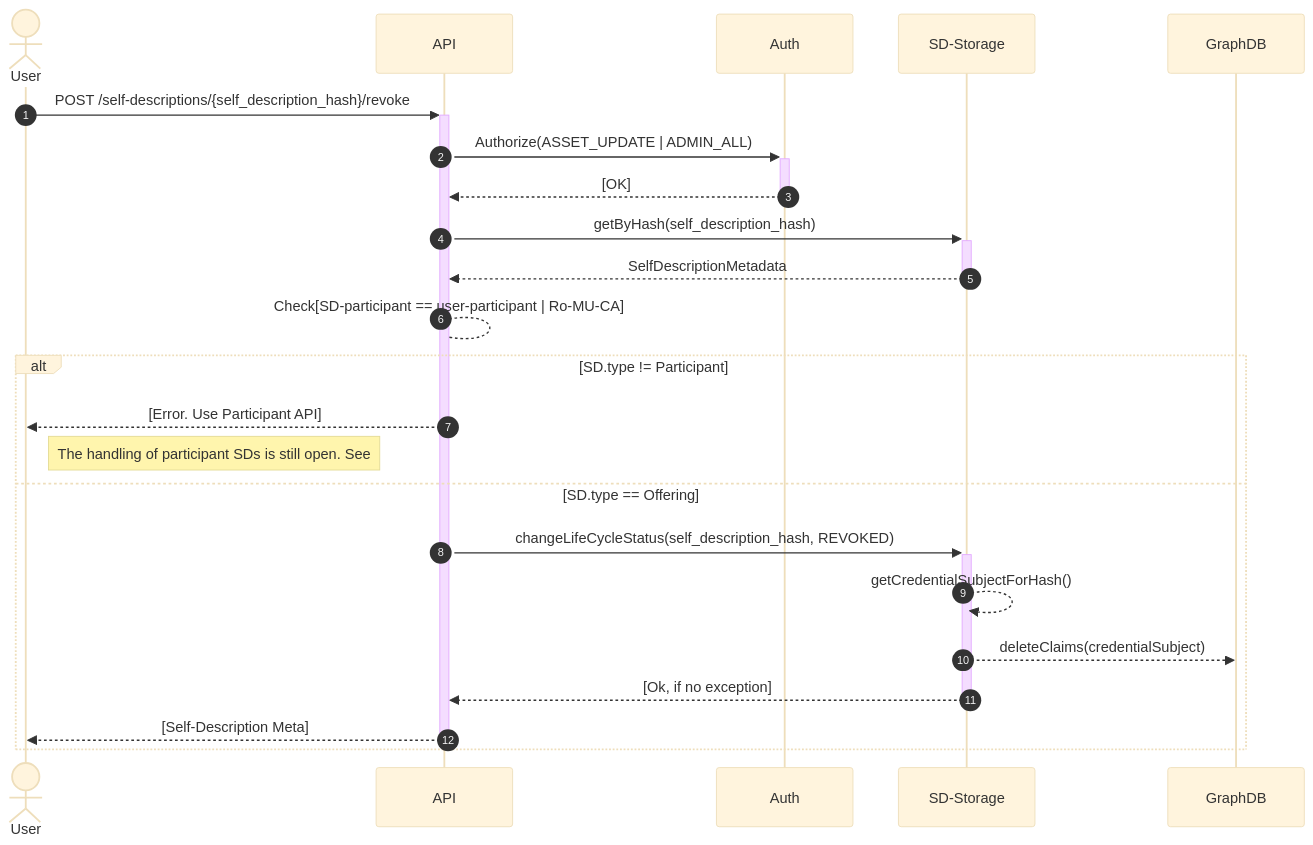
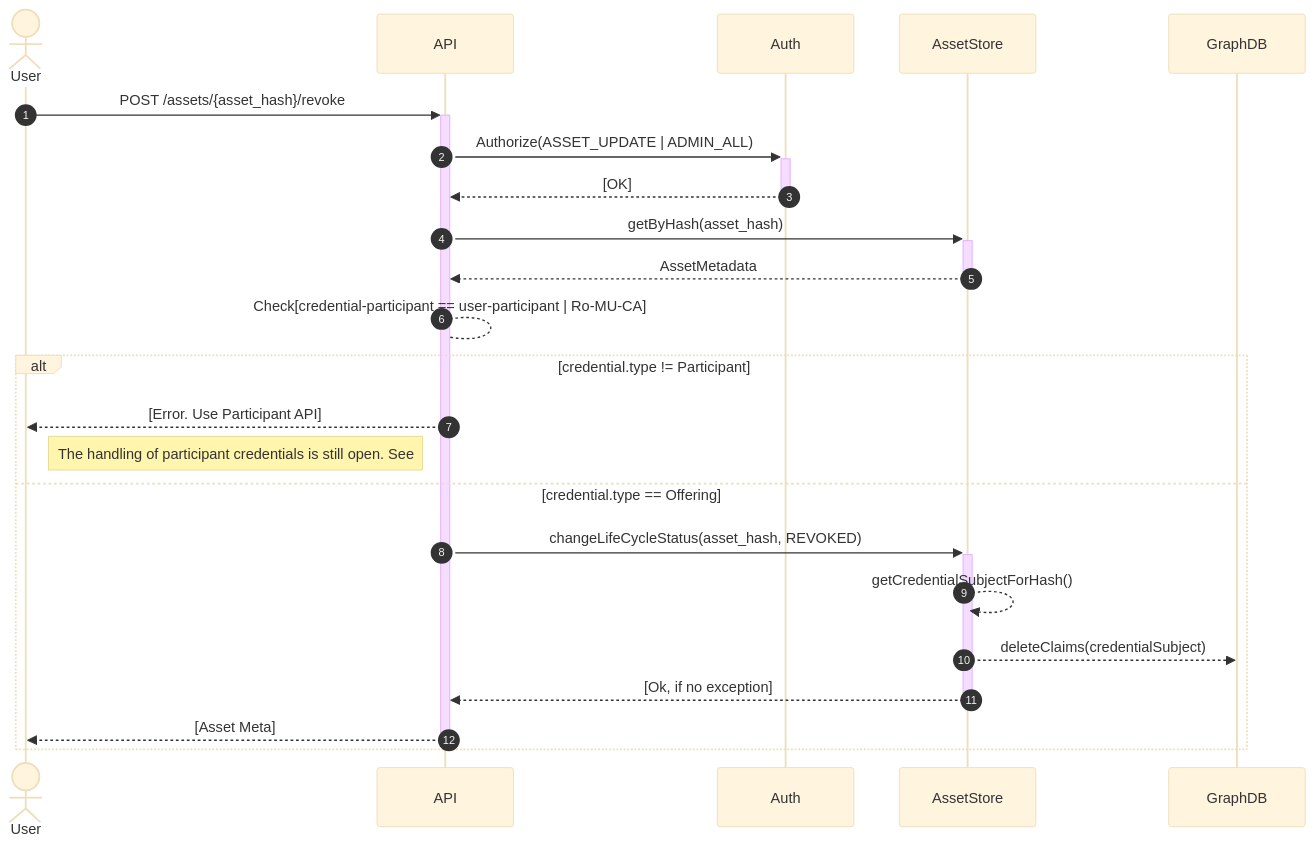
Diagram 19 of 34 in federated-catalogue/src/docs/architecture/chapters/06_runtime_view.adoc (federated-catalogue-enhancements-2026/docs), drawn with Mermaid (base theme) before and after one commit. The commit also changed other lines of this file and 11 other files, not shown here.

```diff
--- a/federated-catalogue/src/docs/architecture/chapters/06_runtime_view.adoc
+++ b/federated-catalogue/src/docs/architecture/chapters/06_runtime_view.adoc
@@ -667,25 +667,25 @@
 [mermaid, width=2000]
 ....
 sequenceDiagram
     autonumber
     actor User
     participant API
     participant Auth
-    participant SDStore as SD-Storage
-    User ->> + API:POST /self-descriptions/{self_description_hash}/revoke
+    participant AssetStore as AssetStore
+    User ->> + API:POST /assets/{asset_hash}/revoke
     API ->> + Auth:Authorize(ASSET_UPDATE | ADMIN_ALL)
     Auth -->> - API:[OK]
-    API ->> + SDStore: getByHash(self_description_hash)
-    SDStore -->> - API: SelfDescriptionMetadata
-    API --> API:Check[SD-participant == user-participant | Ro-MU-CA]
-    alt SD.type != Participant
+    API ->> + AssetStore: getByHash(asset_hash)
+    AssetStore -->> - API: AssetMetadata
+    API --> API:Check[credential-participant == user-participant | Ro-MU-CA]
+    alt credential.type != Participant
         API -->> User: [Error. Use Participant API]
-        Note right of User: The handling of participant SDs is still open. See #6
-    else SD.type == Offering
-        API ->> + SDStore: changeLifeCycleStatus(self_description_hash, REVOKED)
-        SDStore -->> SDStore: getCredentialSubjectForHash()
-        SDStore -->> GraphDB: deleteClaims(credentialSubject)
-        SDStore -->> - API: [Ok, if no exception]
-        API -->> - User:[Self-Description Meta]
+        Note right of User: The handling of participant credentials is still open. See #6
+    else credential.type == Offering
+        API ->> + AssetStore: changeLifeCycleStatus(asset_hash, REVOKED)
+        AssetStore -->> AssetStore: getCredentialSubjectForHash()
+        AssetStore -->> GraphDB: deleteClaims(credentialSubject)
+        AssetStore -->> - API: [Ok, if no exception]
+        API -->> - User:[Asset Meta]
     end
 ....
```
